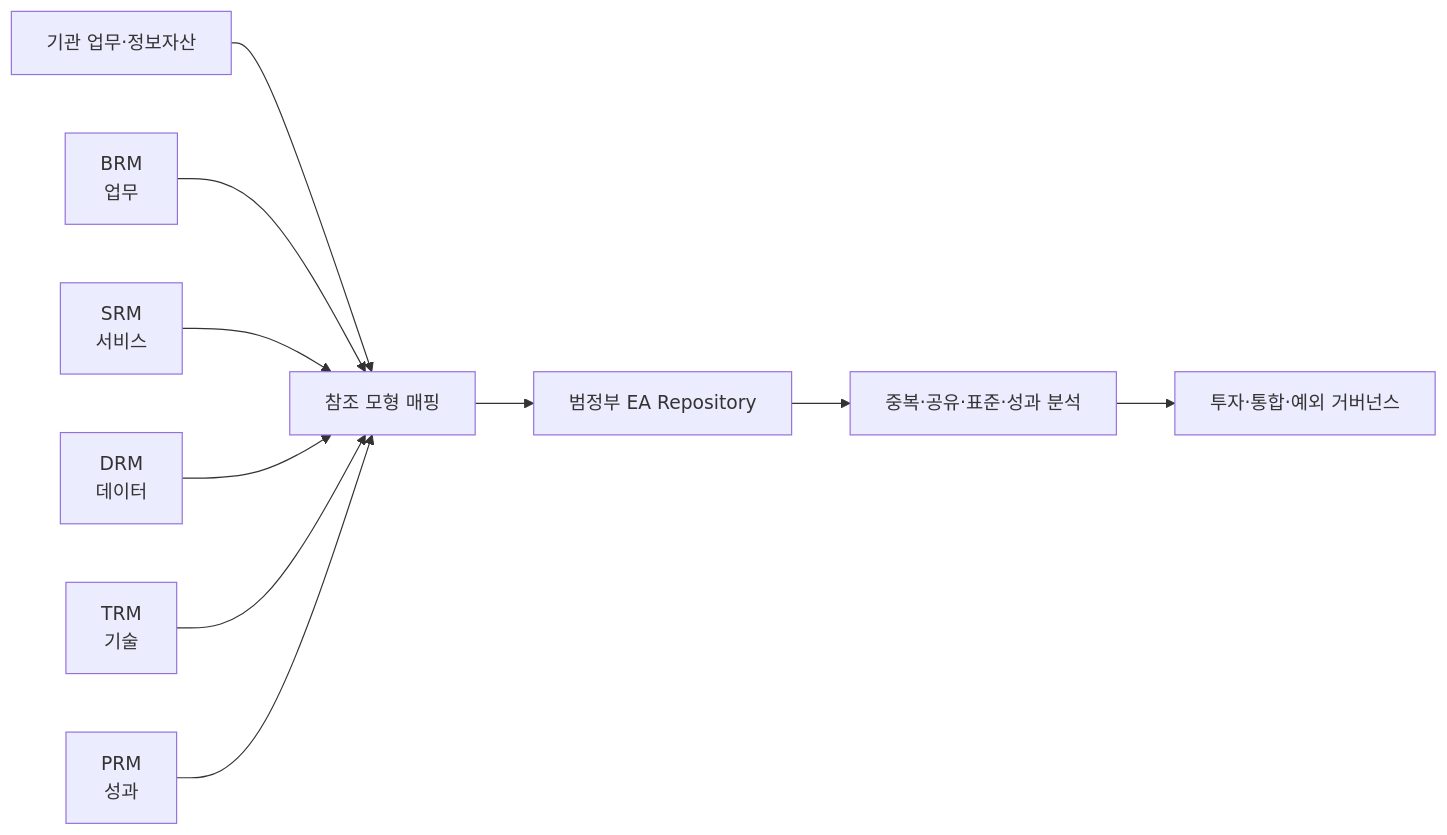
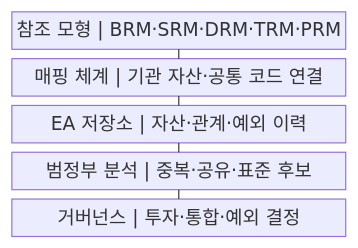
The first of 2 diagrams in src/content/docs/notes/03-software/190_government_ea_trm_drm.md (agnusdei1207/knowledge-base), drawn with Mermaid before and after one commit. The commit also changed other lines of this file and 20 other files, not shown here.

````diff
--- a/src/content/docs/notes/03-software/190_government_ea_trm_drm.md
+++ b/src/content/docs/notes/03-software/190_government_ea_trm_drm.md
@@ -56,12 +50,13 @@
 ```mermaid
-flowchart LR
-    I["기관 업무·정보자산"] --> M["참조 모형 매핑"]
-    B["BRM<br/>업무"] --> M
-    S["SRM<br/>서비스"] --> M
-    D["DRM<br/>데이터"] --> M
-    T["TRM<br/>기술"] --> M
-    P["PRM<br/>성과"] --> M
-    M --> R["범정부 EA Repository"]
-    R --> A["중복·공유·표준·성과 분석"]
-    A --> G["투자·통합·예외 거버넌스"]
+block
+    columns 1
+    A["참조 모형 | BRM·SRM·DRM·TRM·PRM"]
+    B["매핑 체계 | 기관 자산·공통 코드 연결"]
+    C["EA 저장소 | 자산·관계·예외 이력"]
+    D["범정부 분석 | 중복·공유·표준 후보"]
+    E["거버넌스 | 투자·통합·예외 결정"]
+    A --- B
+    B --- C
+    C --- D
+    D --- E
 ```
````
